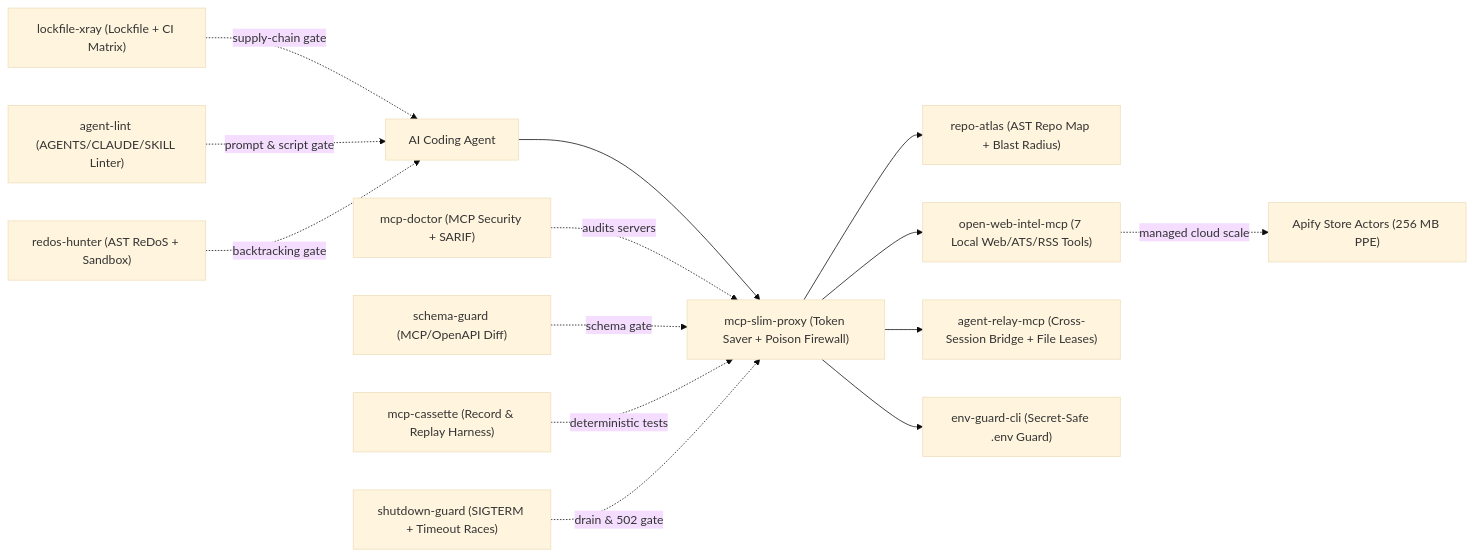
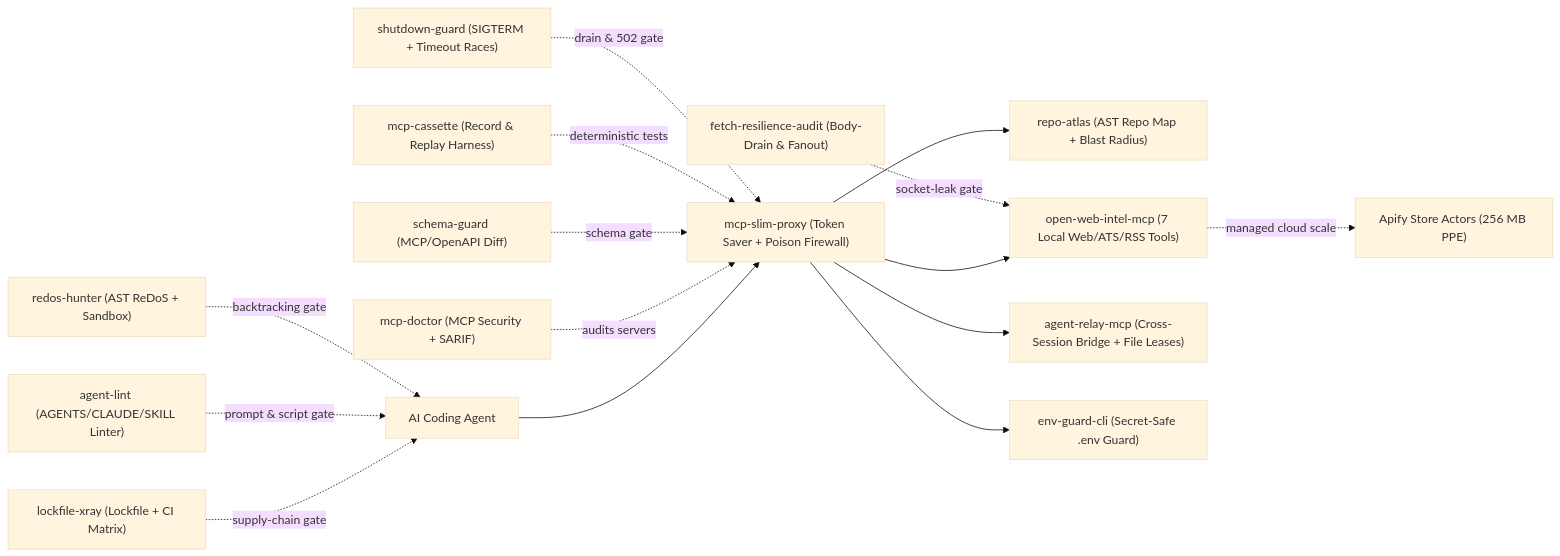
The diagram in README.md (pie527645-cloud/pie527645-cloud), drawn with Mermaid (base theme) before and after one commit. The commit also changed other lines of this file, not shown here.

Commit message:
docs: add fetch-resilience-audit to suite table and CI pipeline

````diff
--- a/README.md
+++ b/README.md
@@ -5,16 +5,17 @@
 ```mermaid
 flowchart LR
     Agent["AI Coding Agent"] --> Slim["mcp-slim-proxy (Token Saver + Poison Firewall)"]
     Slim --> Atlas["repo-atlas (AST Repo Map + Blast Radius)"]
     Slim --> WebIntel["open-web-intel-mcp (7 Local Web/ATS/RSS Tools)"]
     Slim --> Relay["agent-relay-mcp (Cross-Session Bridge + File Leases)"]
     Slim --> EnvGuard["env-guard-cli (Secret-Safe .env Guard)"]
     Doctor["mcp-doctor (MCP Security + SARIF)"] -. audits servers .-> Slim
     Schema["schema-guard (MCP/OpenAPI Diff)"] -. schema gate .-> Slim
     Cassette["mcp-cassette (Record & Replay Harness)"] -. deterministic tests .-> Slim
     Xray["lockfile-xray (Lockfile + CI Matrix)"] -. supply-chain gate .-> Agent
     AgentLint["agent-lint (AGENTS/CLAUDE/SKILL Linter)"] -. prompt & script gate .-> Agent
     Redos["redos-hunter (AST ReDoS + Sandbox)"] -. backtracking gate .-> Agent
     Shutdown["shutdown-guard (SIGTERM + Timeout Races)"] -. drain & 502 gate .-> Slim
+    FetchAudit["fetch-resilience-audit (Body-Drain & Fanout)"] -. socket-leak gate .-> WebIntel
     WebIntel -. managed cloud scale .-> Apify["Apify Store Actors (256 MB PPE)"]
 ```
````
